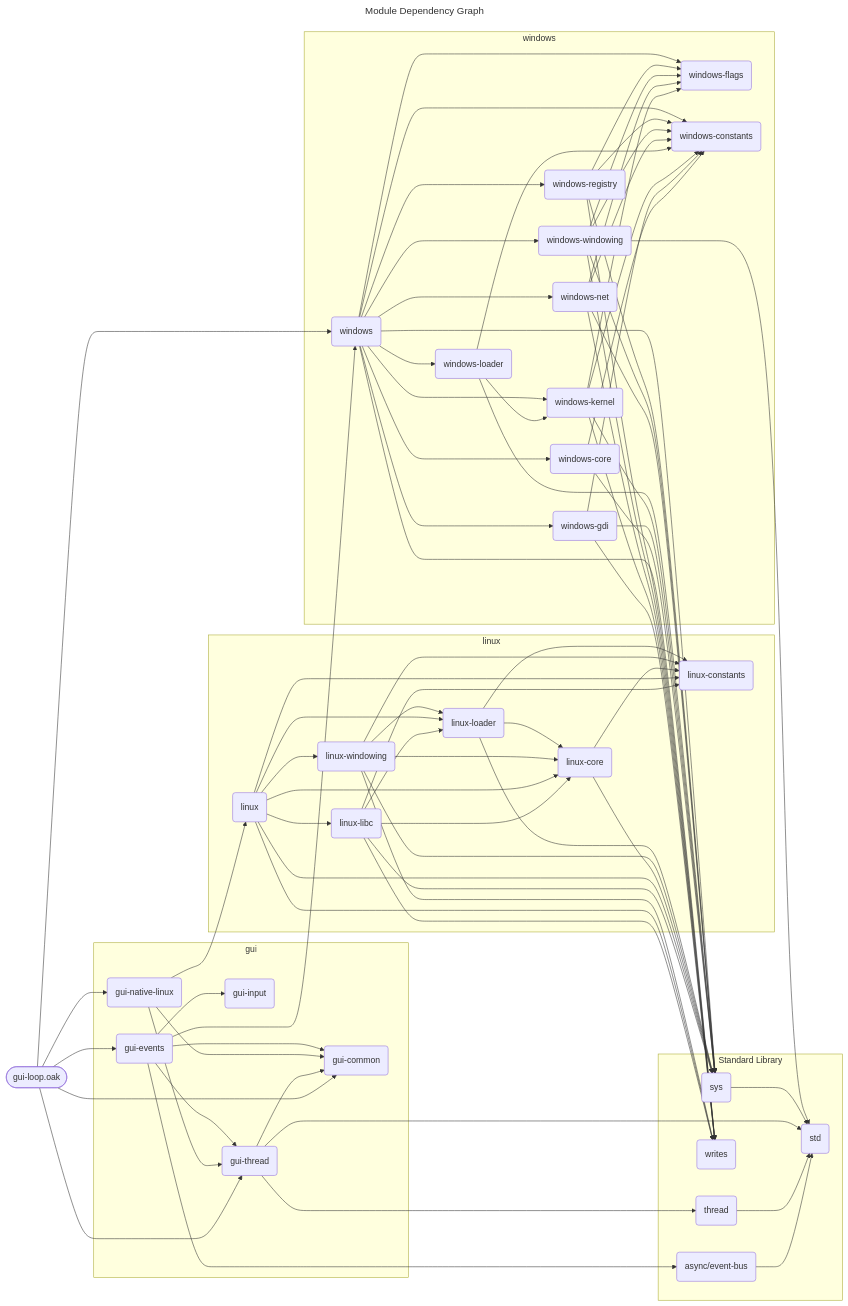
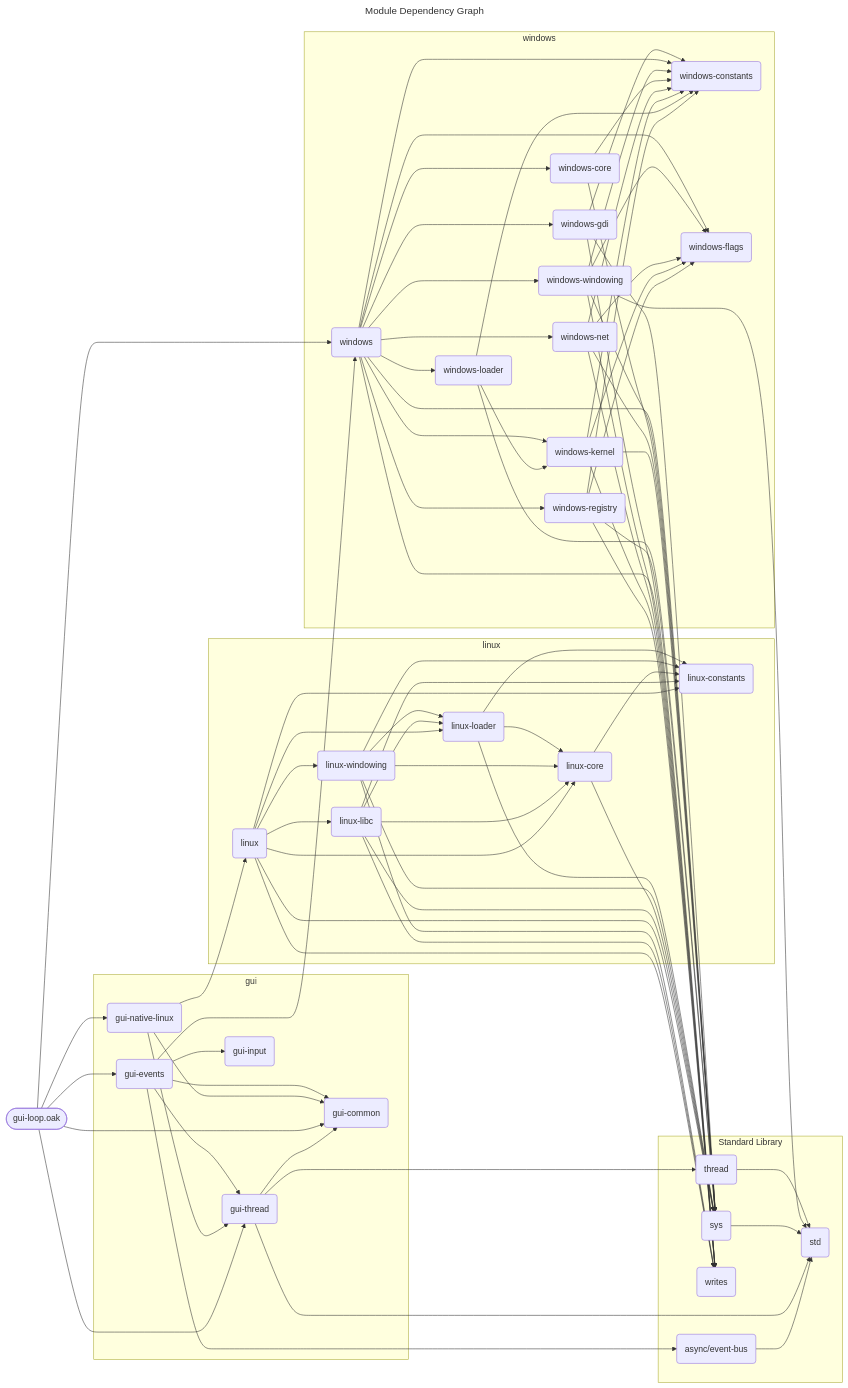
The diagram in docs/spec/gui-loop.mmd (SpcFORK/magnolia), drawn with Mermaid before and after one commit. The commit also changed other lines of this file and 156 other files, not shown here.

```diff
--- a/docs/spec/gui-loop.mmd
+++ b/docs/spec/gui-loop.mmd
@@ -1,116 +1,116 @@
 ---
 title: Module Dependency Graph
 ---
 flowchart LR
     lib_gui_loop_oak(["gui-loop.oak"])
     subgraph stdlib_linux ["linux"]
+        linux_constants("linux-constants")
         linux_loader("linux-loader")
         linux_windowing("linux-windowing")
         linux_core("linux-core")
+        linux_libc("linux-libc")
         linux("linux")
-        linux_constants("linux-constants")
-        linux_libc("linux-libc")
     end
     subgraph stdlib_gui ["gui"]
         gui_events("gui-events")
         gui_common("gui-common")
         gui_native_linux("gui-native-linux")
+        gui_thread("gui-thread")
         gui_input("gui-input")
-        gui_thread("gui-thread")
     end
     subgraph stdlib_windows ["windows"]
+        windows_gdi("windows-gdi")
         windows("windows")
+        windows_constants("windows-constants")
+        windows_windowing("windows-windowing")
+        windows_core("windows-core")
+        windows_net("windows-net")
+        windows_kernel("windows-kernel")
+        windows_loader("windows-loader")
         windows_registry("windows-registry")
-        windows_windowing("windows-windowing")
-        windows_net("windows-net")
-        windows_loader("windows-loader")
         windows_flags("windows-flags")
-        windows_constants("windows-constants")
-        windows_kernel("windows-kernel")
-        windows_gdi("windows-gdi")
-        windows_core("windows-core")
     end
     subgraph stdlib_core ["Standard Library"]
-        sys("sys")
+        thread("thread")
         async_event_bus("async/event-bus")
         writes("writes")
-        thread("thread")
+        sys("sys")
         std("std")
     end
     gui_events --> windows
     gui_events --> async_event_bus
     gui_events --> gui_common
     gui_events --> gui_input
     gui_events --> gui_thread
-    gui_native_linux --> linux
-    gui_native_linux --> gui_common
-    gui_native_linux --> gui_thread
+    thread --> std
+    windows_gdi --> sys
+    windows_gdi --> writes
+    windows_gdi --> windows_constants
+    linux_loader --> sys
+    linux_loader --> linux_constants
+    linux_loader --> linux_core
     windows --> sys
     windows --> writes
     windows --> windows_constants
     windows --> windows_flags
     windows --> windows_registry
     windows --> windows_net
     windows --> windows_windowing
     windows --> windows_gdi
     windows --> windows_kernel
     windows --> windows_loader
     windows --> windows_core
-    windows_registry --> sys
-    windows_registry --> writes
-    windows_registry --> windows_constants
-    windows_registry --> windows_flags
+    linux_windowing --> sys
+    linux_windowing --> writes
+    linux_windowing --> linux_constants
+    linux_windowing --> linux_core
+    linux_windowing --> linux_loader
+    linux_core --> sys
+    linux_core --> linux_constants
+    gui_native_linux --> linux
+    gui_native_linux --> gui_common
+    gui_native_linux --> gui_thread
+    lib_gui_loop_oak --> windows
+    lib_gui_loop_oak --> gui_events
+    lib_gui_loop_oak --> gui_native_linux
+    lib_gui_loop_oak --> gui_common
+    lib_gui_loop_oak --> gui_thread
+    linux_libc --> sys
+    linux_libc --> writes
+    linux_libc --> linux_constants
+    linux_libc --> linux_core
+    linux_libc --> linux_loader
     windows_windowing --> sys
     windows_windowing --> writes
     windows_windowing --> windows_constants
     windows_windowing --> windows_flags
     windows_windowing --> std
-    linux_loader --> sys
-    linux_loader --> linux_constants
-    linux_loader --> linux_core
-    linux_windowing --> sys
-    linux_windowing --> writes
-    linux_windowing --> linux_constants
-    linux_windowing --> linux_core
-    linux_windowing --> linux_loader
-    sys --> std
-    gui_thread --> std
-    gui_thread --> thread
-    gui_thread --> gui_common
-    thread --> std
+    windows_core --> sys
+    windows_core --> windows_constants
     windows_net --> sys
     windows_net --> writes
     windows_net --> windows_constants
     windows_net --> windows_flags
-    windows_loader --> sys
-    windows_loader --> windows_constants
-    windows_loader --> windows_kernel
-    linux_core --> sys
-    linux_core --> linux_constants
     windows_kernel --> sys
     windows_kernel --> writes
     windows_kernel --> windows_constants
     windows_kernel --> windows_flags
+    windows_loader --> sys
+    windows_loader --> windows_constants
+    windows_loader --> windows_kernel
     linux --> sys
     linux --> writes
     linux --> linux_constants
     linux --> linux_core
     linux --> linux_loader
     linux --> linux_windowing
     linux --> linux_libc
-    windows_gdi --> sys
-    windows_gdi --> writes
-    windows_gdi --> windows_constants
-    lib_gui_loop_oak --> windows
-    lib_gui_loop_oak --> gui_events
-    lib_gui_loop_oak --> gui_native_linux
-    lib_gui_loop_oak --> gui_common
-    lib_gui_loop_oak --> gui_thread
-    windows_core --> sys
-    windows_core --> windows_constants
+    sys --> std
+    windows_registry --> sys
+    windows_registry --> writes
+    windows_registry --> windows_constants
+    windows_registry --> windows_flags
+    gui_thread --> std
+    gui_thread --> thread
+    gui_thread --> gui_common
     async_event_bus --> std
-    linux_libc --> sys
-    linux_libc --> writes
-    linux_libc --> linux_constants
-    linux_libc --> linux_core
-    linux_libc --> linux_loader
```
